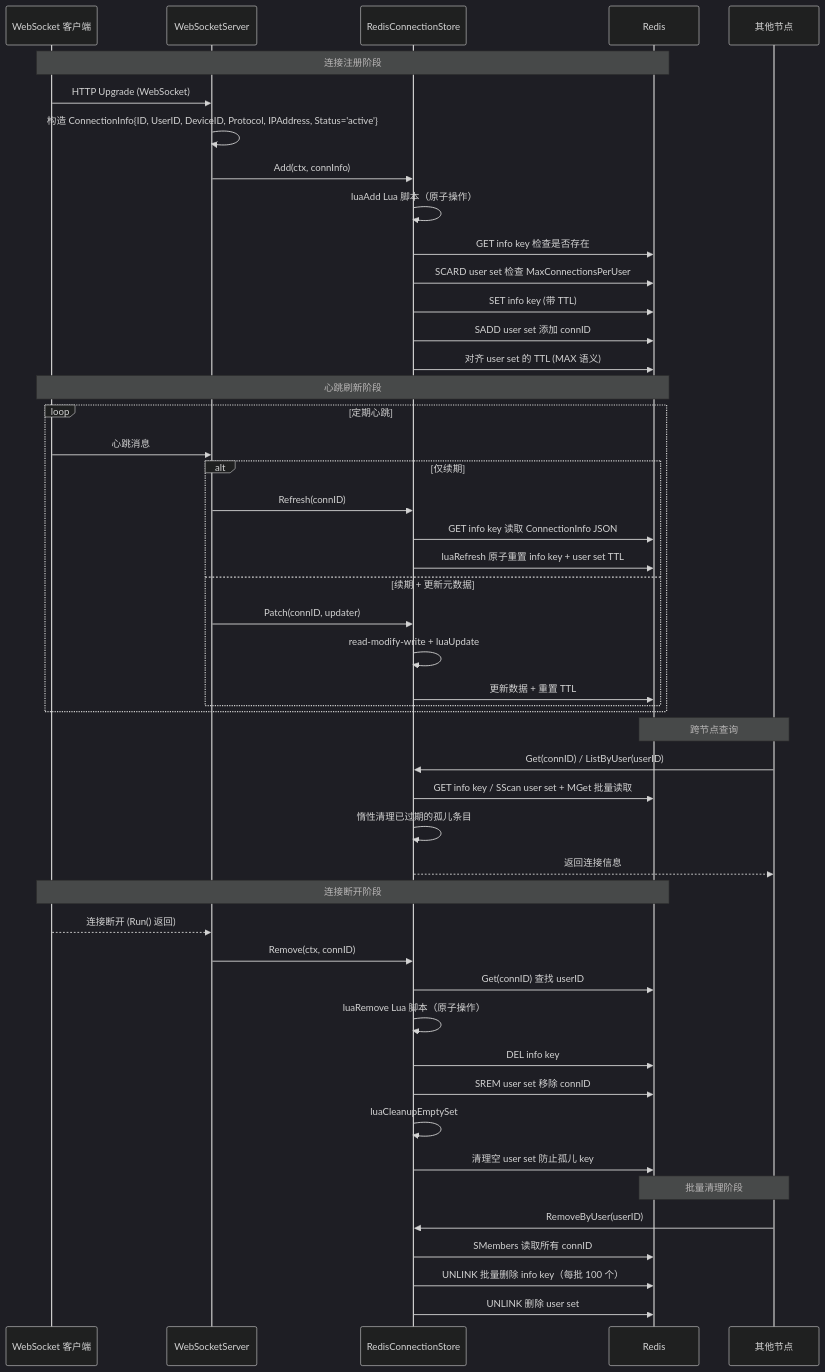
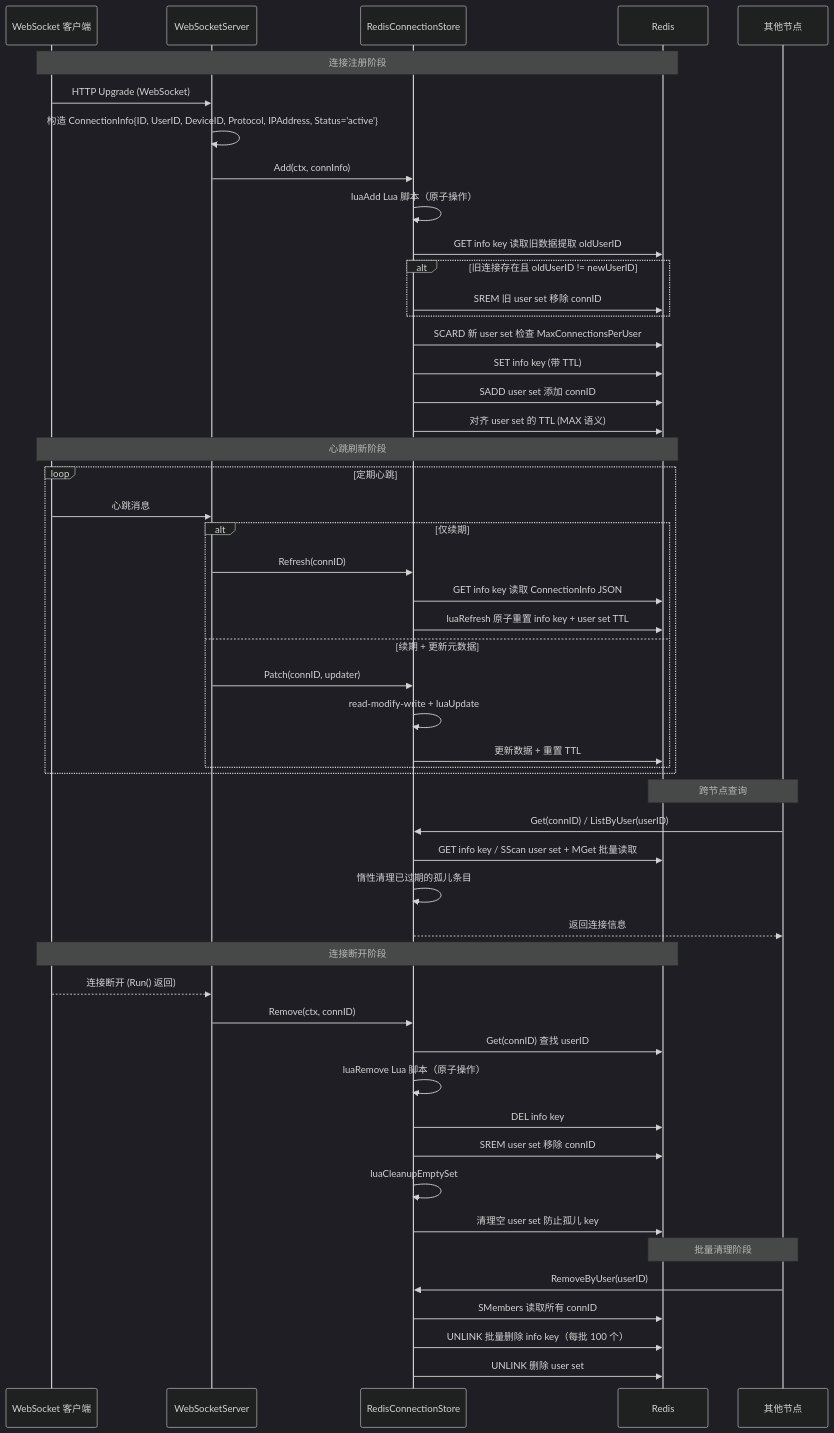
One commit to PineappleBond/xyncra-server changed the second of 6 diagrams in wiki/flows/broadcasting.md. Above: the diagram before and after it, drawn with Mermaid (dark theme). The commit also changed other lines of this file and 19 other files, not shown here.

````diff
--- a/wiki/flows/broadcasting.md
+++ b/wiki/flows/broadcasting.md
@@ -95,55 +95,58 @@
 ```mermaid
 sequenceDiagram
     participant Client as WebSocket 客户端
     participant WS as WebSocketServer
     participant Store as RedisConnectionStore
     participant Redis as Redis
     participant OtherNode as 其他节点
 
     Note over Client,Redis: 连接注册阶段
     Client->>WS: HTTP Upgrade (WebSocket)
     WS->>WS: 构造 ConnectionInfo{ID, UserID, DeviceID, Protocol, IPAddress, Status='active'}
     WS->>Store: Add(ctx, connInfo)
     Store->>Store: luaAdd Lua 脚本（原子操作）
-    Store->>Redis: GET info key 检查是否存在
-    Store->>Redis: SCARD user set 检查 MaxConnectionsPerUser
+    Store->>Redis: GET info key 读取旧数据提取 oldUserID
+    alt 旧连接存在且 oldUserID != newUserID
+        Store->>Redis: SREM 旧 user set 移除 connID
+    end
+    Store->>Redis: SCARD 新 user set 检查 MaxConnectionsPerUser
     Store->>Redis: SET info key (带 TTL)
     Store->>Redis: SADD user set 添加 connID
     Store->>Redis: 对齐 user set 的 TTL (MAX 语义)
 
     Note over Client,Redis: 心跳刷新阶段
     loop 定期心跳
         Client->>WS: 心跳消息
         alt 仅续期
             WS->>Store: Refresh(connID)
             Store->>Redis: GET info key 读取 ConnectionInfo JSON
             Store->>Redis: luaRefresh 原子重置 info key + user set TTL
         else 续期 + 更新元数据
             WS->>Store: Patch(connID, updater)
             Store->>Store: read-modify-write + luaUpdate
             Store->>Redis: 更新数据 + 重置 TTL
         end
     end
 
     Note over OtherNode,Redis: 跨节点查询
     OtherNode->>Store: Get(connID) / ListByUser(userID)
     Store->>Redis: GET info key / SScan user set + MGet 批量读取
     Store->>Store: 惰性清理已过期的孤儿条目
     Store-->>OtherNode: 返回连接信息
 
     Note over Client,Redis: 连接断开阶段
     Client-->>WS: 连接断开 (Run() 返回)
     WS->>Store: Remove(ctx, connID)
     Store->>Redis: Get(connID) 查找 userID
     Store->>Store: luaRemove Lua 脚本（原子操作）
     Store->>Redis: DEL info key
     Store->>Redis: SREM user set 移除 connID
     Store->>Store: luaCleanupEmptySet
     Store->>Redis: 清理空 user set 防止孤儿 key
 
     Note over OtherNode,Redis: 批量清理阶段
     OtherNode->>Store: RemoveByUser(userID)
     Store->>Redis: SMembers 读取所有 connID
     Store->>Redis: UNLINK 批量删除 info key（每批 100 个）
     Store->>Redis: UNLINK 删除 user set
 ```
````
